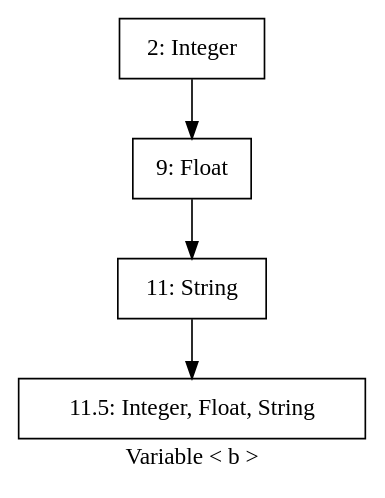
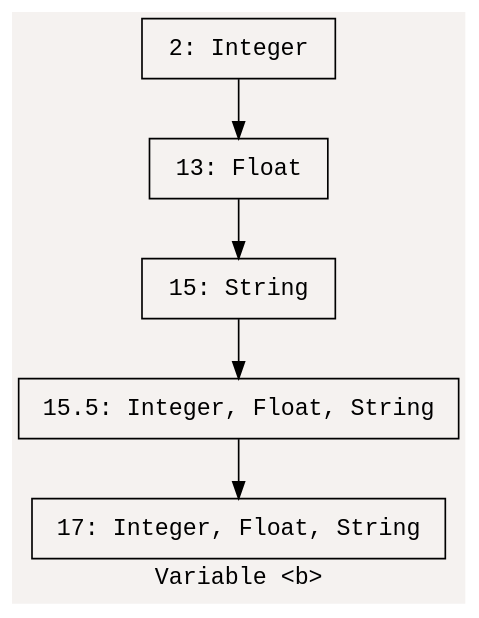
One commit to ZJxyo/PythonVarTypeAnalysisTool changed the diagram in output/flowchart/flowchart_foo(arg0,arg1,arg2)_b.gv. Above: the diagram before and after it, drawn with Graphviz. The commit also changed 95 other files, not shown here.

```diff
--- a/output/flowchart/flowchart_foo(arg0,arg1,arg2)_b.gv
+++ b/output/flowchart/flowchart_foo(arg0,arg1,arg2)_b.gv
@@ -1,11 +1,16 @@
 digraph {
-	label="Variable < b >"
+	label="Variable <b>"
+	bgcolor="#f5f2f0"
 	node [shape=box]
-	2 [label="2: Integer"]
-	9 [label="9: Float"]
-	2 -> 9
-	11 [label="11: String"]
-	9 -> 11
-	11.5 [label="11.5: Integer, Float, String"]
-	11 -> 11.5
+	node [fontname="Consolas,Monaco,'Andale Mono','Ubuntu Mono',monospace"]
+	fontname="Consolas,Monaco,'Andale Mono','Ubuntu Mono',monospace"
+	2 [label=" 2: Integer "]
+	13 [label=" 13: Float "]
+	2 -> 13
+	15 [label=" 15: String "]
+	13 -> 15
+	15.5 [label=" 15.5: Integer, Float, String "]
+	15 -> 15.5
+	17 [label=" 17: Integer, Float, String "]
+	15.5 -> 17
 }
```
